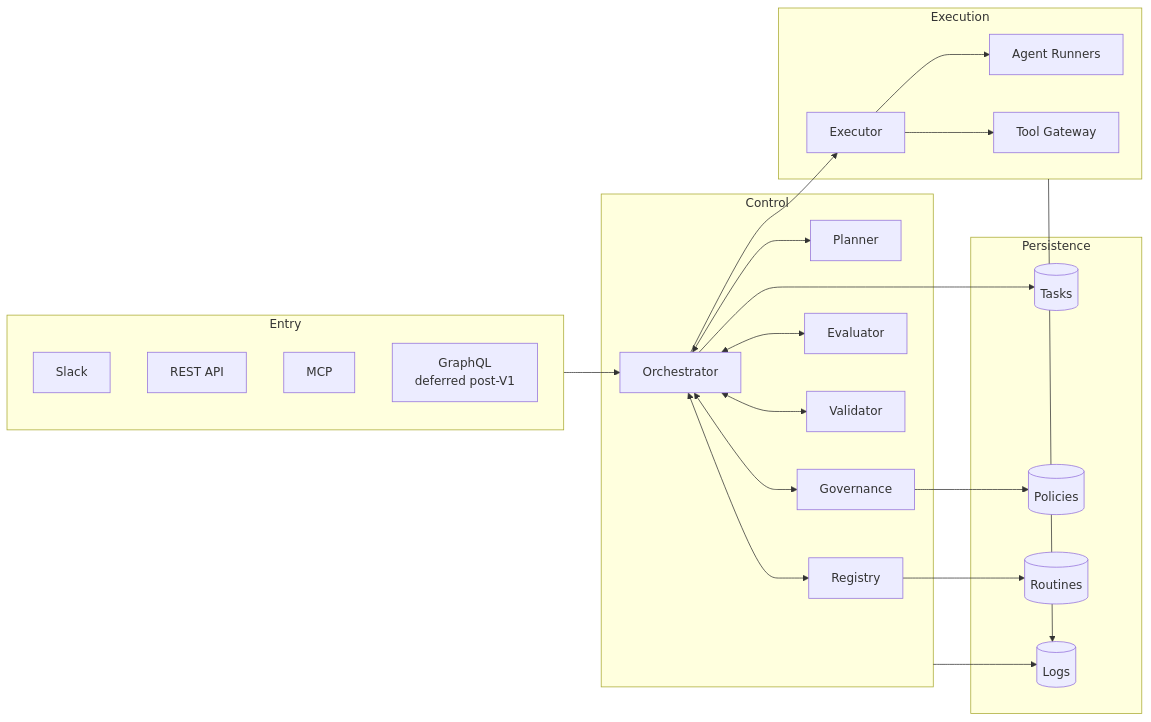
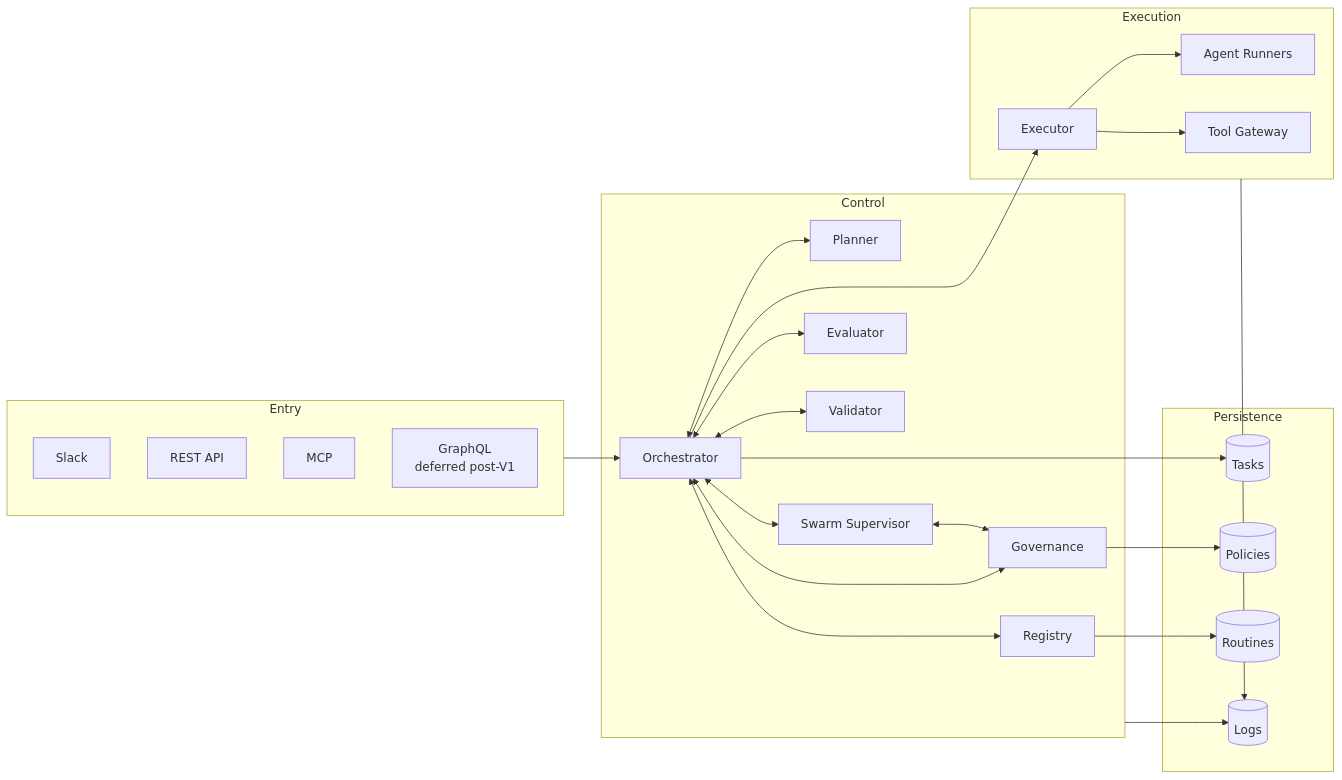
One commit to dr-robert-li/agentic-mesh-reference-arch changed the first of 2 diagrams in docs/architecture.md. Above: the diagram before and after it, drawn with Mermaid. The commit also changed other lines of this file and 11 other files, not shown here.

First line of the commit message:
docs: v0.1.2 swarm supervisor + autonomy budgets + candidate lifecycle

````diff
--- a/docs/architecture.md
+++ b/docs/architecture.md
@@ -18,43 +18,46 @@
 ```mermaid
 flowchart LR
     subgraph Entry
         SLK[Slack]
         API[REST API]
         MCP[MCP]
         GQL[GraphQL<br/>deferred post-V1]
     end
     subgraph Control
         ORCH[Orchestrator]
         PLAN[Planner]
+        SS[Swarm Supervisor]
         GOV[Governance]
         EVAL[Evaluator]
         VAL[Validator]
         REG[Registry]
     end
     subgraph Execution
         EXEC[Executor]
         AG[Agent Runners]
         GW[Tool Gateway]
     end
     subgraph Persistence
         T[(Tasks)]
         P[(Policies)]
         R[(Routines)]
         L[(Logs)]
     end
 
     Entry --> ORCH
     ORCH <--> PLAN
+    ORCH <--> SS
+    SS <--> GOV
     ORCH <--> GOV
     ORCH <--> VAL
     ORCH --> EXEC
     ORCH <--> EVAL
     ORCH <--> REG
     EXEC --> AG
     EXEC --> GW
     ORCH --> T
     GOV --> P
     REG --> R
     Control --> L
     Execution --> L
 ```
````
